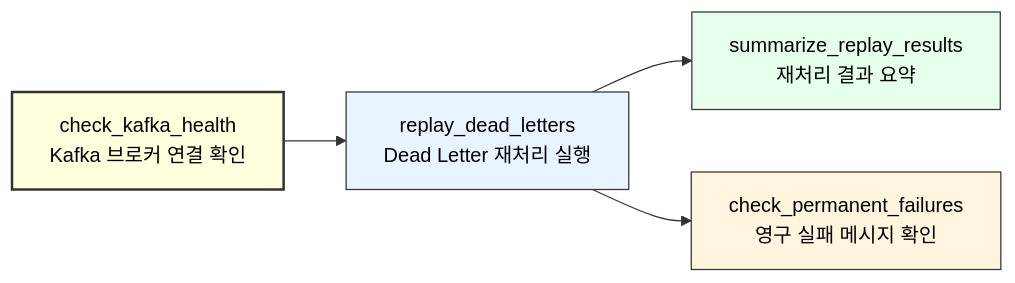
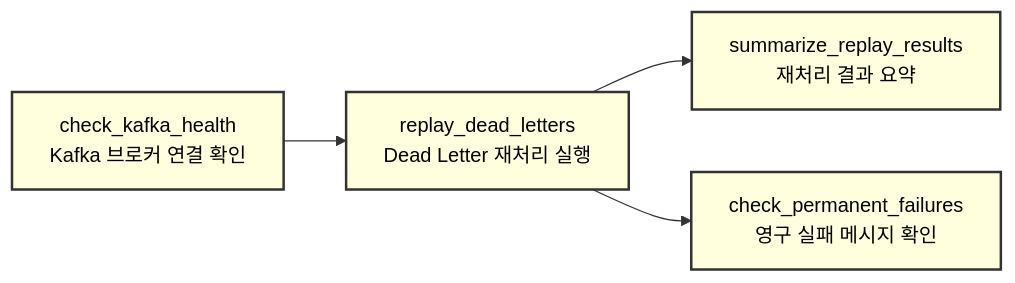
The third of 6 diagrams in docs/develop/Q3_AIRFLOW_DAG.md (yeongmin-yu/news-trend-pipeline-dev), drawn with Mermaid before and after one commit. The commit also changed other lines of this file, not shown here.

````diff
--- a/docs/develop/Q3_AIRFLOW_DAG.md
+++ b/docs/develop/Q3_AIRFLOW_DAG.md
@@ -243,11 +243,11 @@
 ```mermaid
 flowchart LR
     A["check_kafka_health<br/>Kafka 브로커 연결 확인"] --> B["replay_dead_letters<br/>Dead Letter 재처리 실행"]
     B --> C["summarize_replay_results<br/>재처리 결과 요약"]
     B --> D["check_permanent_failures<br/>영구 실패 메시지 확인"]
 
     style A fill:#ffffde,stroke:#333,stroke-width:2px,color:black
-    style B fill:#e8f4ff,stroke:#333,stroke-width:1px,color:black
-    style C fill:#e6ffed,stroke:#333,stroke-width:1px,color:black
-    style D fill:#fff4de,stroke:#333,stroke-width:1px,color:black
+    style B fill:#ffffde,stroke:#333,stroke-width:2px,color:black
+    style C fill:#ffffde,stroke:#333,stroke-width:2px,color:black
+    style D fill:#ffffde,stroke:#333,stroke-width:2px,color:black
 ```
````
